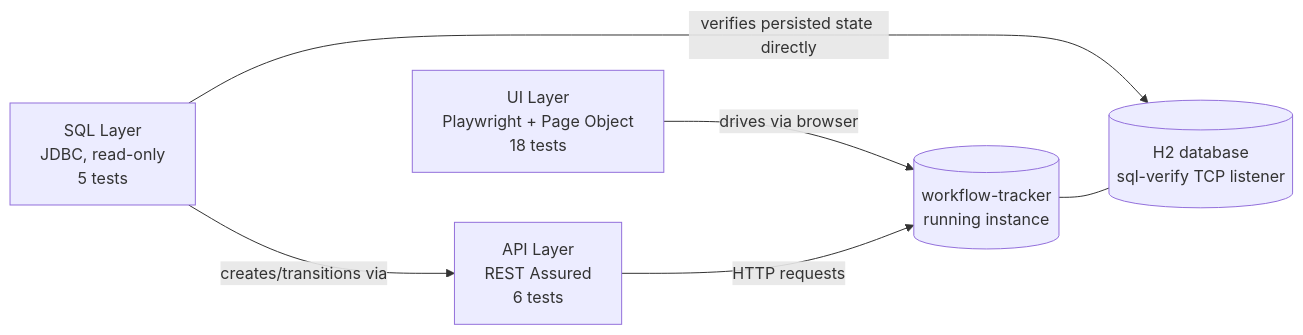
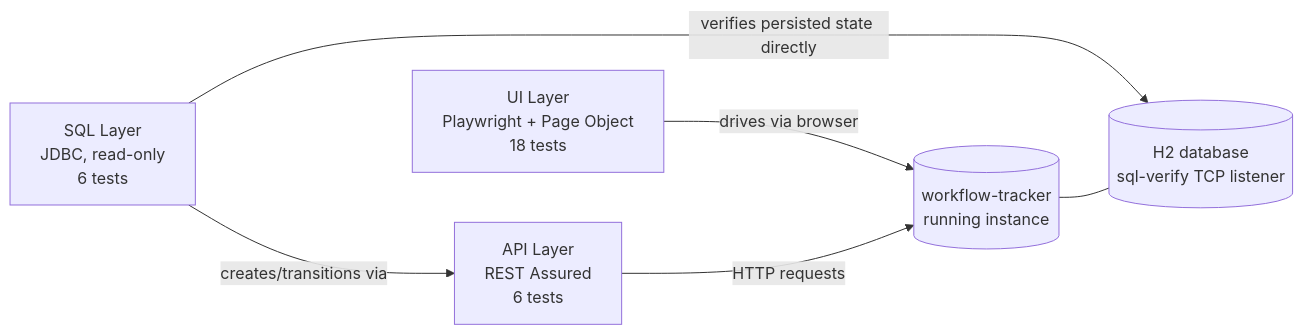
Before and after one commit to frankfulcomer/workflow-tracker-tests: the first of 3 diagrams in README.md, drawn with Mermaid. The commit also changed other lines of this file and 7 other files, not shown here.

First line of the commit message:
Verify updatedDate advancement via SQL and fix status-transition test sync

````diff
--- a/README.md
+++ b/README.md
@@ -45,8 +45,8 @@
 ```mermaid
 flowchart LR
     UI["UI Layer<br/>Playwright + Page Object<br/>18 tests"] -->|drives via browser| App[("workflow-tracker<br/>running instance")]
     API["API Layer<br/>REST Assured<br/>6 tests"] -->|HTTP requests| App
-    SQL["SQL Layer<br/>JDBC, read-only<br/>5 tests"] -->|creates/transitions via| API
+    SQL["SQL Layer<br/>JDBC, read-only<br/>6 tests"] -->|creates/transitions via| API
     SQL -->|verifies persisted state directly| DB[("H2 database<br/>sql-verify TCP listener")]
     App --- DB
 ```
````
